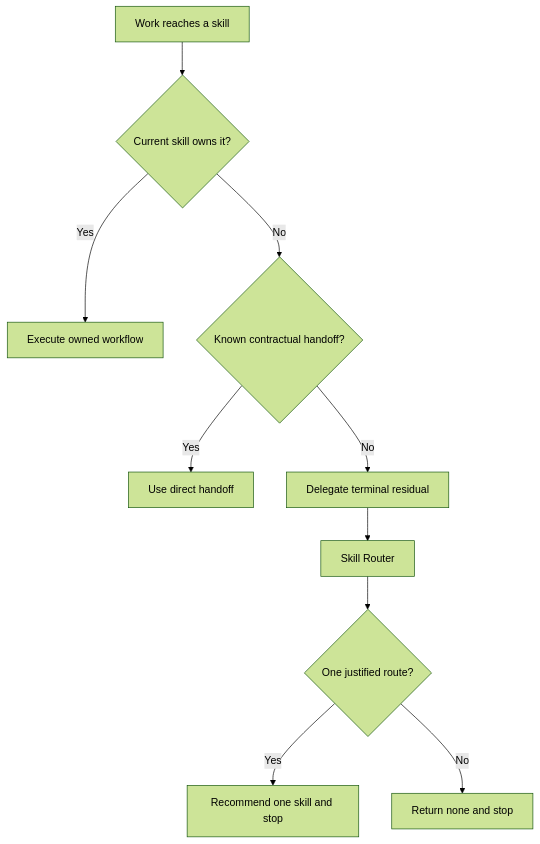
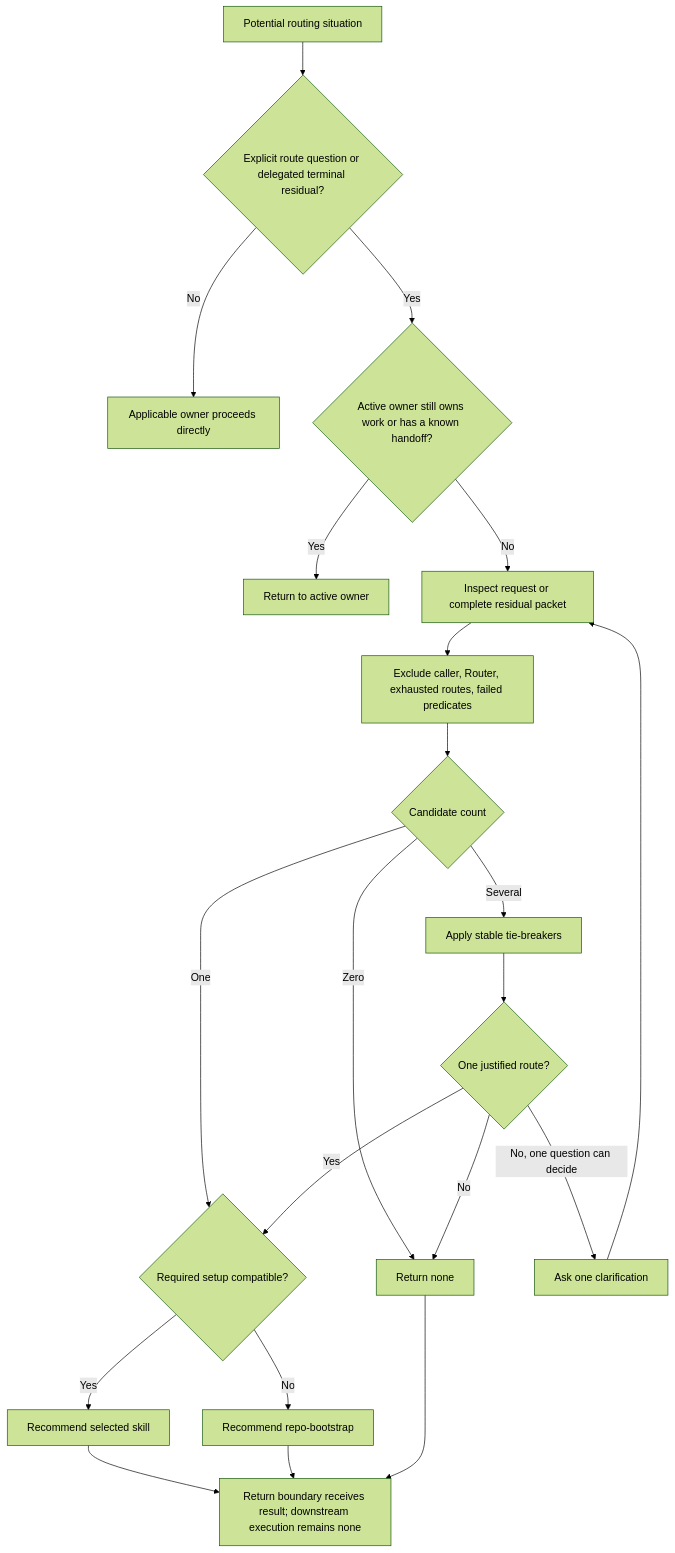
One commit to stevennitesh/programming-agent-skills changed the diagram in docs/synthesis/skills/skill-router.md. Above: the diagram before and after it, drawn with Mermaid (forest theme). The commit also changed other lines of this file and 62 other files, not shown here.

````diff
--- a/docs/synthesis/skills/skill-router.md
+++ b/docs/synthesis/skills/skill-router.md
@@ -20,12 +112,23 @@
 ```mermaid
-flowchart TD
-    REQUEST["Work reaches a skill"] --> OWNED{"Current skill owns it?"}
-    OWNED -->|Yes| EXECUTE["Execute owned workflow"]
-    OWNED -->|No| HANDOFF{"Known contractual handoff?"}
-    HANDOFF -->|Yes| DIRECT["Use direct handoff"]
-    HANDOFF -->|No| RESIDUAL["Delegate terminal residual"]
-    RESIDUAL --> ROUTER["Skill Router"]
-    ROUTER --> ROUTE{"One justified route?"}
-    ROUTE -->|Yes| RECOMMEND["Recommend one skill and stop"]
-    ROUTE -->|No| NONE["Return none and stop"]
+flowchart TB
+    START["Potential routing situation"] --> TRIGGER{"Explicit route question or delegated terminal residual?"}
+    TRIGGER -->|No| OWNER["Applicable owner proceeds directly"]
+    TRIGGER -->|Yes| ACTIVE{"Active owner still owns work or has a known handoff?"}
+    ACTIVE -->|Yes| RETURN_OWNER["Return to active owner"]
+    ACTIVE -->|No| PACKET["Inspect request or complete residual packet"]
+    PACKET --> EXCLUDE["Exclude caller, Router, exhausted routes, failed predicates"]
+    EXCLUDE --> CANDIDATES{"Candidate count"}
+    CANDIDATES -->|Zero| NONE["Return none"]
+    CANDIDATES -->|One| SETUP{"Required setup compatible?"}
+    CANDIDATES -->|Several| PREFER["Apply stable tie-breakers"]
+    PREFER --> DECISIVE{"One justified route?"}
+    DECISIVE -->|No, one question can decide| CLARIFY["Ask one clarification"]
+    DECISIVE -->|No| NONE
+    DECISIVE -->|Yes| SETUP
+    CLARIFY --> PACKET
+    SETUP -->|No| BOOTSTRAP["Recommend repo-bootstrap"]
+    SETUP -->|Yes| ROUTE["Recommend selected skill"]
+    ROUTE --> STOP["Return boundary receives result; downstream execution remains none"]
+    BOOTSTRAP --> STOP
+    NONE --> STOP
 ```
````
